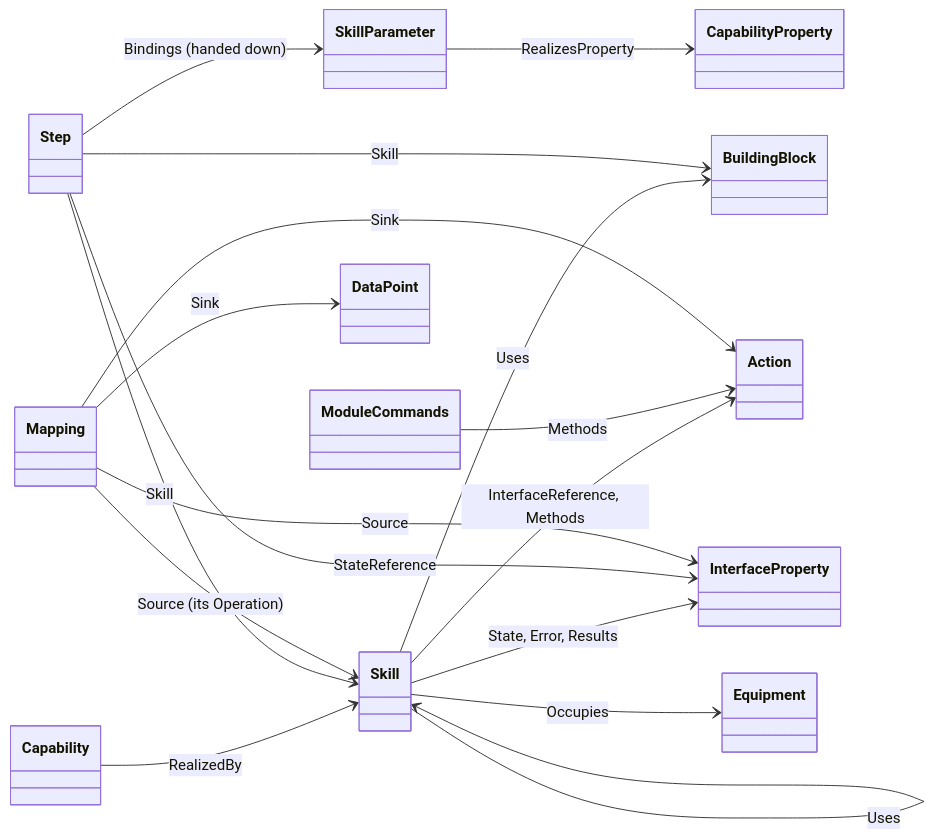
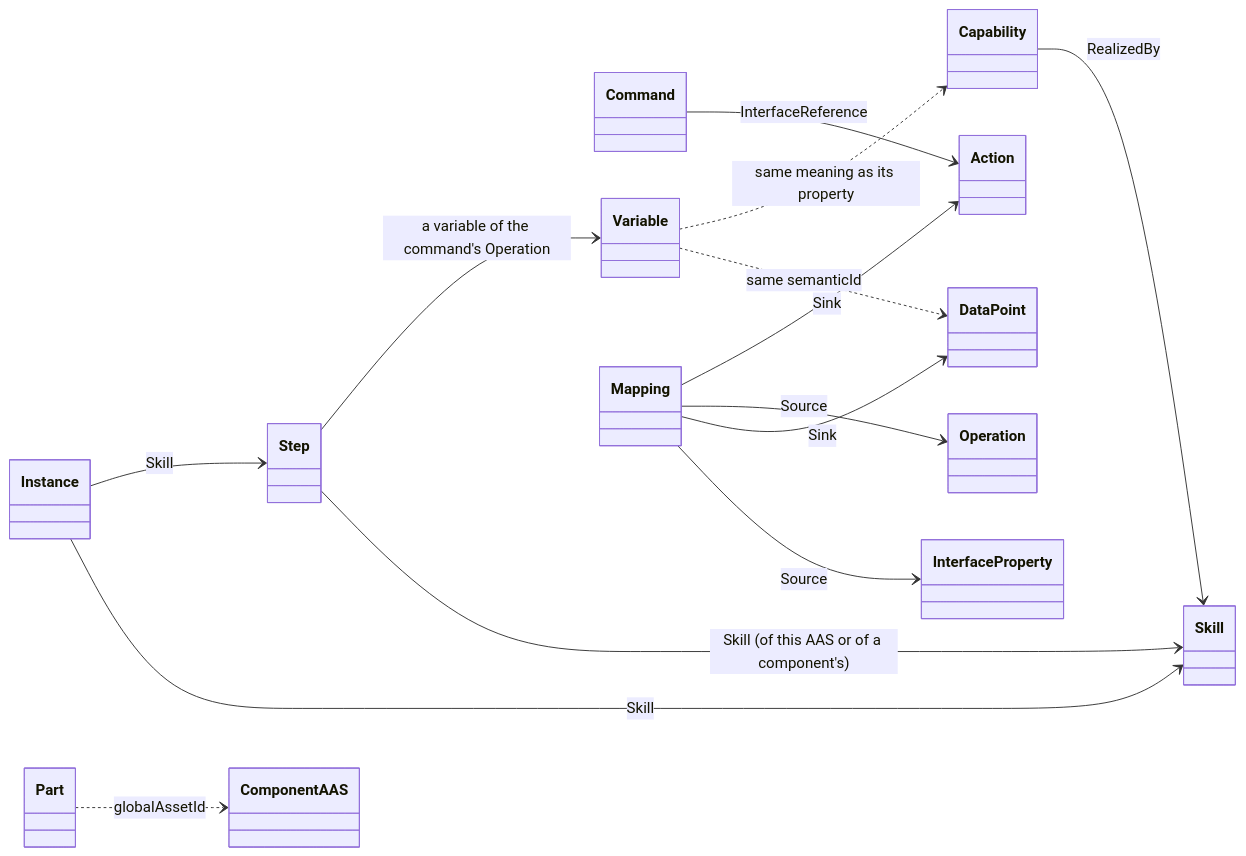
The third of 9 diagrams in docs/aas-examples.md (AAUSmartProductionLab/iec61499-mgmt-py), drawn with Mermaid before and after one commit. The commit also changed other lines of this file and 5 other files, not shown here.

````diff
--- a/docs/aas-examples.md
+++ b/docs/aas-examples.md
@@ -186,33 +251,31 @@
 ```mermaid
 classDiagram
   direction LR
   class Capability
-  class CapabilityProperty
   class Skill
-  class SkillParameter
+  class Command
+  class Operation
+  class Variable
   class Step
-  class BuildingBlock
-  class ModuleCommands
   class Action
   class InterfaceProperty
-  class Equipment
+  class Part
+  class ComponentAAS
   class Mapping
   class DataPoint
+  class Instance
 
   Capability --> Skill : RealizedBy
-  SkillParameter --> CapabilityProperty : RealizesProperty
-  Skill --> Action : InterfaceReference, Methods
-  Skill --> InterfaceProperty : State, Error, Results
-  Skill --> Equipment : Occupies
-  Skill --> Skill : Uses
-  Skill --> BuildingBlock : Uses
-  Step --> Skill : Skill
-  Step --> BuildingBlock : Skill
-  Step --> SkillParameter : Bindings (handed down)
-  Step --> InterfaceProperty : StateReference
-  ModuleCommands --> Action : Methods
+  Command --> Action : InterfaceReference
+  Step --> Skill : Skill (of this AAS or of a component's)
+  Step --> Variable : a variable of the command's Operation
   Mapping --> InterfaceProperty : Source
   Mapping --> DataPoint : Sink
-  Mapping --> Skill : Source (its Operation)
+  Mapping --> Operation : Source
   Mapping --> Action : Sink
+  Instance --> Skill : Skill
+  Instance --> Step : Skill
+  Part ..> ComponentAAS : globalAssetId
+  Variable ..> DataPoint : same semanticId
+  Variable ..> Capability : same meaning as its property
 ```
````
